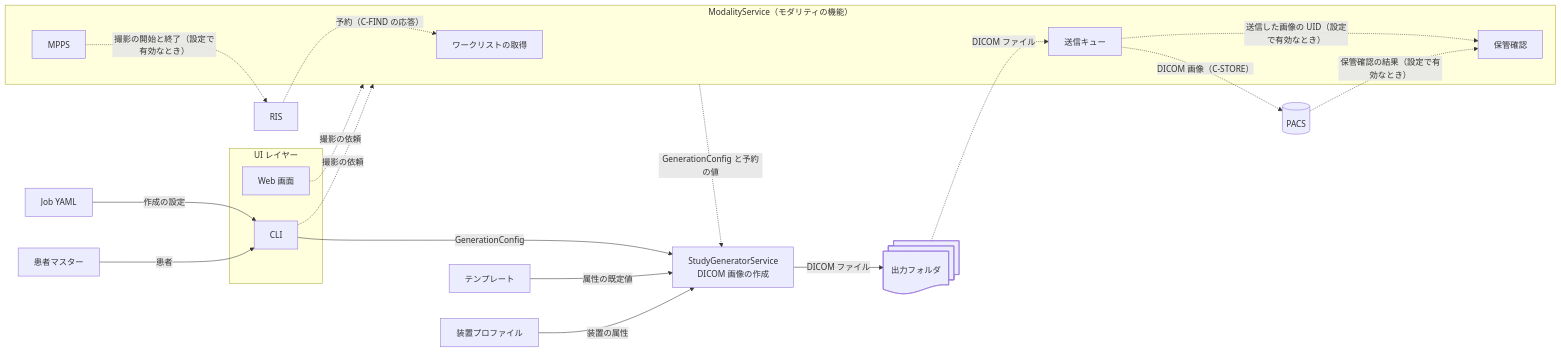
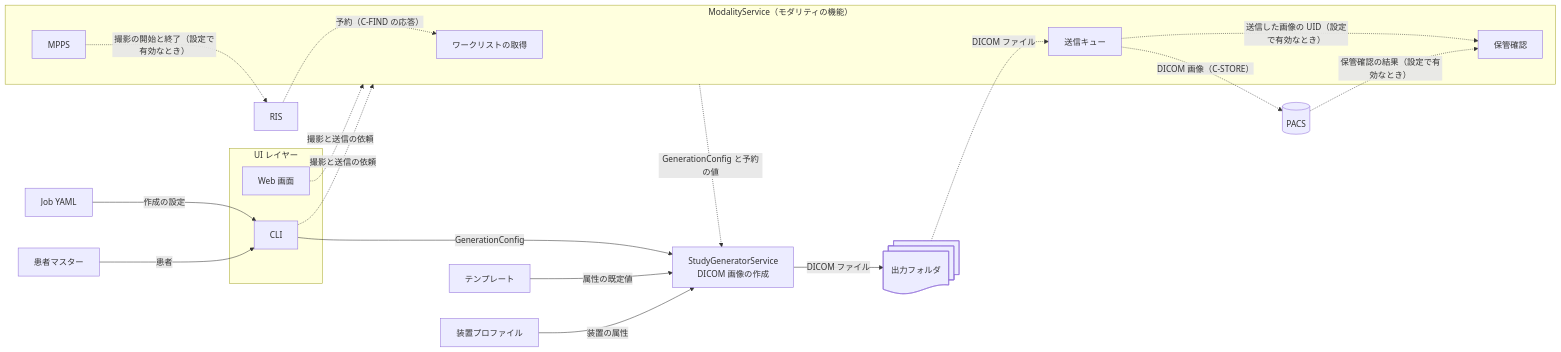
One commit to jeysunit/dicom-test-generator changed the diagram in docs/architecture.md. Above: the diagram before and after it, drawn with Mermaid. The commit also changed other lines of this file, not shown here.

First line of the commit message:
docs(architecture): 予約の値の作り方・保管確認と MPPS の動きを実装に合わせる

````diff
--- a/docs/architecture.md
+++ b/docs/architecture.md
@@ -17,37 +18,37 @@
 ```mermaid
 flowchart LR
   JOB["Job YAML"]
   PAT["患者マスター"]
   subgraph UI["UI レイヤー"]
     CLI["CLI"]
     WEB["Web 画面"]
   end
   TPL["テンプレート"]
   PROF["装置プロファイル"]
   GEN["StudyGeneratorService<br/>DICOM 画像の作成"]
   OUT@{ shape: docs, label: "出力フォルダ" }
   subgraph MOD["ModalityService（モダリティの機能）"]
     WL["ワークリストの取得"]
     QUEUE["送信キュー"]
     SC["保管確認"]
     MPPS["MPPS"]
   end
   RIS["RIS"]
   PACS[("PACS")]
 
   JOB -->|"作成の設定"| CLI
   PAT -->|"患者"| CLI
   CLI -->|"GenerationConfig"| GEN
   TPL -->|"属性の既定値"| GEN
   PROF -->|"装置の属性"| GEN
   GEN -->|"DICOM ファイル"| OUT
-  WEB -.->|"撮影の依頼"| MOD
-  CLI -.->|"撮影の依頼"| MOD
+  WEB -.->|"撮影と送信の依頼"| MOD
+  CLI -.->|"撮影と送信の依頼"| MOD
   RIS -.->|"予約（C-FIND の応答）"| WL
   MOD -.->|"GenerationConfig と予約の値"| GEN
   OUT -.->|"DICOM ファイル"| QUEUE
   QUEUE -.->|"DICOM 画像（C-STORE）"| PACS
   QUEUE -.->|"送信した画像の UID（設定で有効なとき）"| SC
   PACS -.->|"保管確認の結果（設定で有効なとき）"| SC
   MPPS -.->|"撮影の開始と終了（設定で有効なとき）"| RIS
 ```
````
